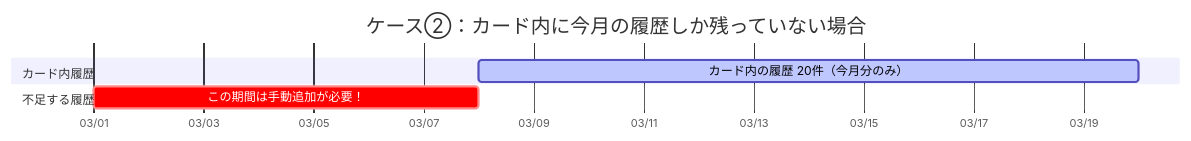
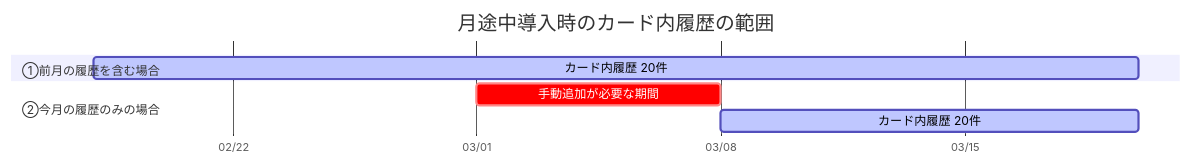
Before and after one commit to kuwayamamasayuki/ICCardManager: the diagram in ICCardManager/docs/manual/管理者マニュアル.md, drawn with Mermaid. The commit also changed other lines of this file, not shown here.

First line of the commit message:
docs: 参考図に合わせて2ケースを1つのgantt図に統合 (#950)

````diff
--- a/ICCardManager/docs/manual/管理者マニュアル.md
+++ b/ICCardManager/docs/manual/管理者マニュアル.md
@@ -399,10 +376,12 @@
 ```mermaid
 gantt
-    title ケース②：カード内に今月の履歴しか残っていない場合
-    dateFormat  MM-DD
+    title 月途中導入時のカード内履歴の範囲
+    dateFormat  YYYY-MM-DD
     axisFormat  %m/%d
-    section カード内履歴
-    カード内の履歴 20件（今月分のみ） :active, 03-08, 03-20
-    section 不足する履歴
-    この期間は手動追加が必要！       :crit, 03-01, 03-08
+    tickInterval 7day
+    section ①前月の履歴を含む場合
+    カード内履歴 20件                     :active, 2026-02-18, 2026-03-20
+    section ②今月の履歴のみの場合
+    手動追加が必要な期間                   :crit, 2026-03-01, 2026-03-08
+    カード内履歴 20件                     :active, 2026-03-08, 2026-03-20
 ```
````
